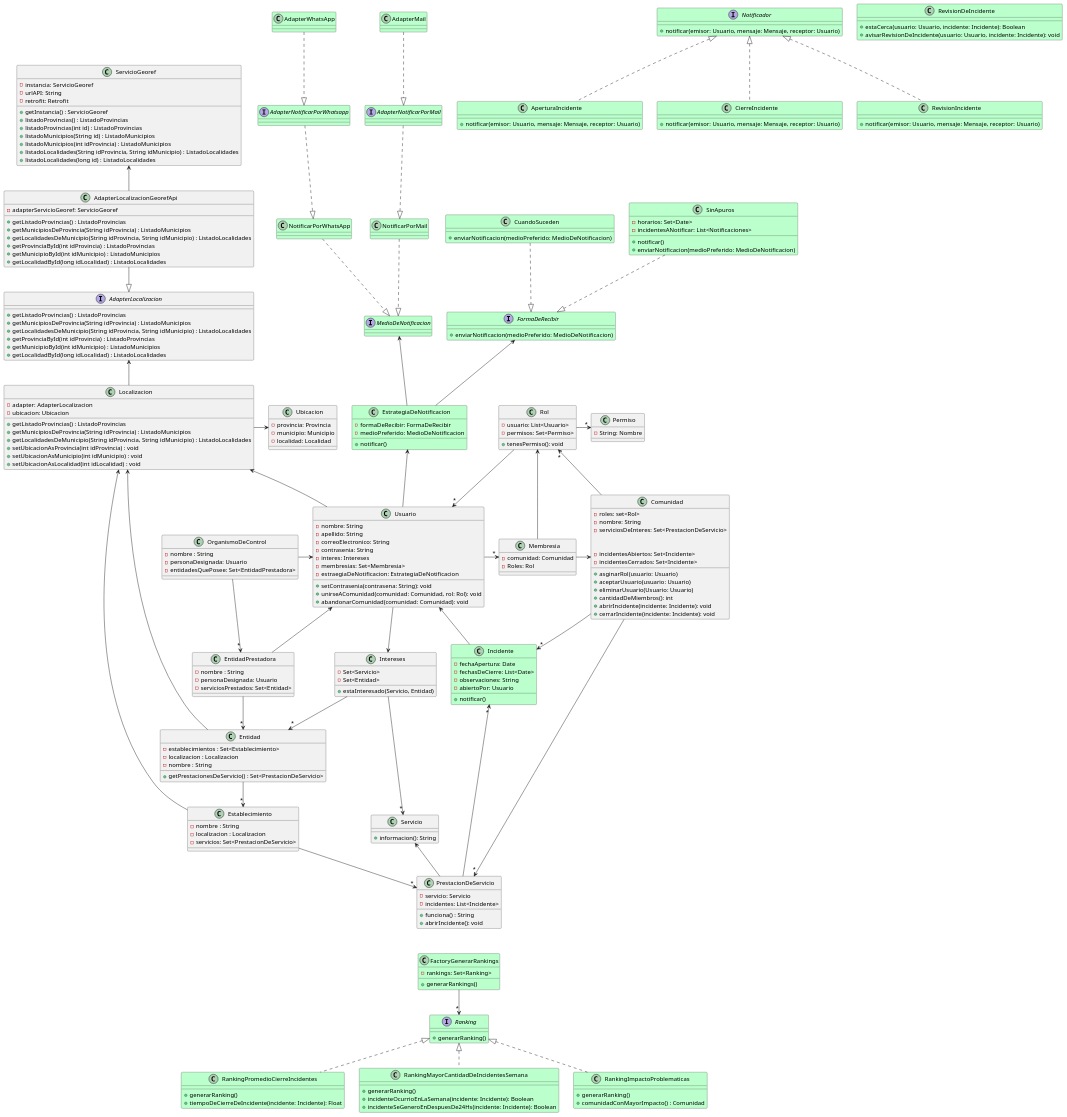
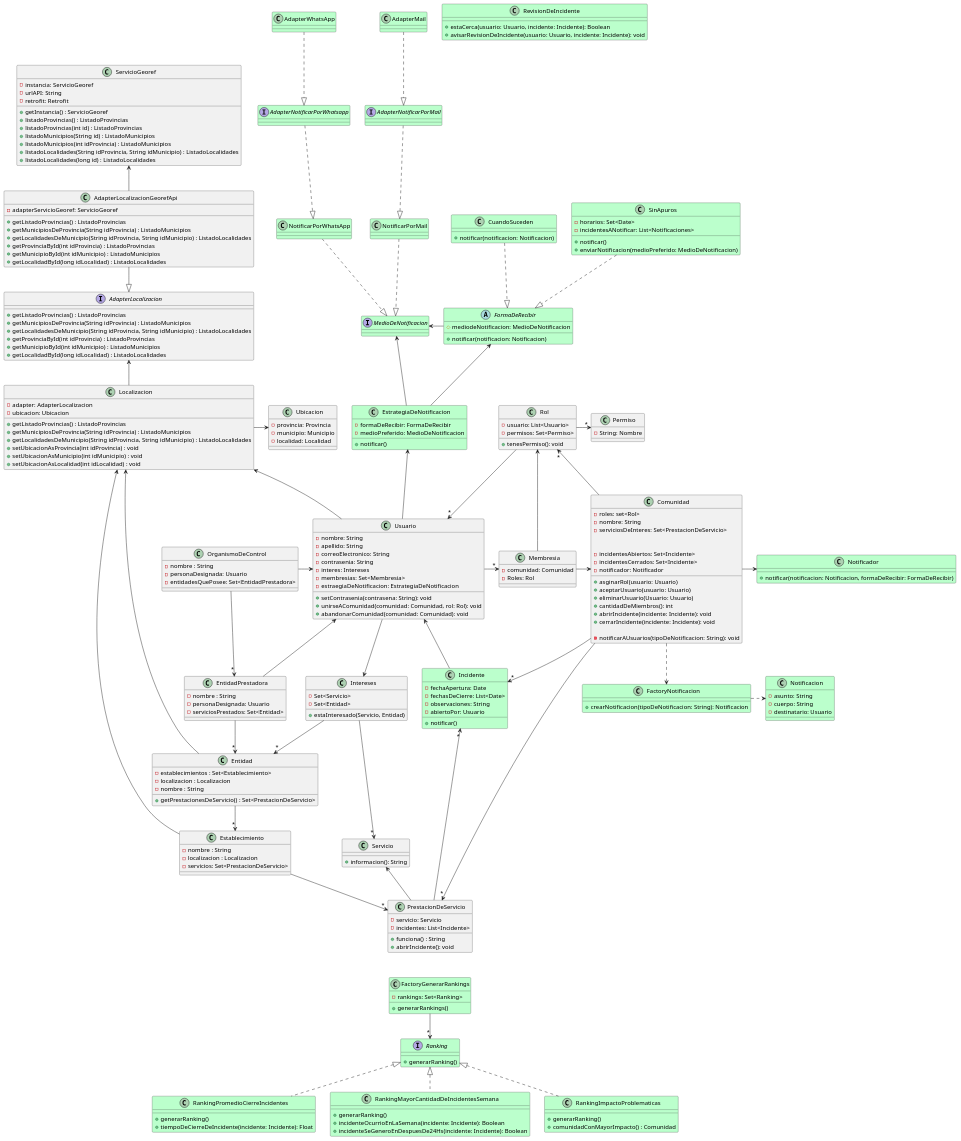
The diagram in Entregables/DiagramaDeClases.wsd (AndyTrias/comunidades-apoyo-movilidad-reducida-), drawn with PlantUML before and after one commit. The commit also changed 6 other files, not shown here.

```diff
--- a/Entregables/DiagramaDeClases.wsd
+++ b/Entregables/DiagramaDeClases.wsd
@@ -233,14 +233,19 @@
 Class Comunidad {
     - incidentesAbiertos: Set<Incidente> 
     - incidentesCerrados: Set<Incidente>
+    - notificador: Notificador
 
     + abrirIncidente(incidente: Incidente): void
     + cerrarIncidente(incidente: Incidente): void
+    
+    - notificarAUsuarios(tipoDeNotificacion: String): void
 }
 
 Incidente "*" <-- PrestacionDeServicio 
 Comunidad --> "*" Incidente
 Incidente --> Usuario
+Comunidad ..> FactoryNotificacion
+Comunidad -> Notificador
 
 /' CONFIGURACION DE NOTIFICACIONES '/
 
@@ -263,12 +268,14 @@
 Class AdapterWhatsApp #bbffcc{}
 Class AdapterMail #bbffcc{}
 
-Interface FormaDeRecibir #bbffcc{
-    + enviarNotificacion(medioPreferido: MedioDeNotificacion)
+abstract class FormaDeRecibir #bbffcc{
+    # mediodeNotificacion: MedioDeNotificacion
+
+    + notificar(notificacion: Notificacion)
 }
 
 Class CuandoSuceden #bbffcc{
-    + enviarNotificacion(medioPreferido: MedioDeNotificacion)
+    + notificar(notificacion: Notificacion)
 }
 
 Class SinApuros #bbffcc{
@@ -279,29 +286,24 @@
     + enviarNotificacion(medioPreferido: MedioDeNotificacion)
 }
 
+MedioDeNotificacion <- FormaDeRecibir
 /' NOTIFICACIONES '/
 
-Interface Notificador #bbffcc{
-    + notificar(emisor: Usuario, mensaje: Mensaje, receptor: Usuario)
+Class Notificador #bbffcc{
+    + notificar(notificacion: Notificacion, formaDeRecibir: FormaDeRecibir)
 }
 
-Class AperturaIncidente #bbffcc{
-    + notificar(emisor: Usuario, mensaje: Mensaje, receptor: Usuario)
+Class FactoryNotificacion #bbffcc{
+    + crearNotificacion(tipoDeNotificacion: String): Notificacion
 }
 
-Class CierreIncidente #bbffcc{
-    + notificar(emisor: Usuario, mensaje: Mensaje, receptor: Usuario)
+Class Notificacion #bbffcc{
+    - asunto: String
+    - cuerpo: String
+    - destinatario: Usuario
 }
 
-Class RevisionIncidente #bbffcc{
-    + notificar(emisor: Usuario, mensaje: Mensaje, receptor: Usuario)
-}
-
-Notificador <|.. AperturaIncidente
-Notificador <|.. CierreIncidente
-Notificador <|.. RevisionIncidente
-
-
+FactoryNotificacion .> Notificacion
 
 EstrategiaDeNotificacion <-- Usuario
 
```
